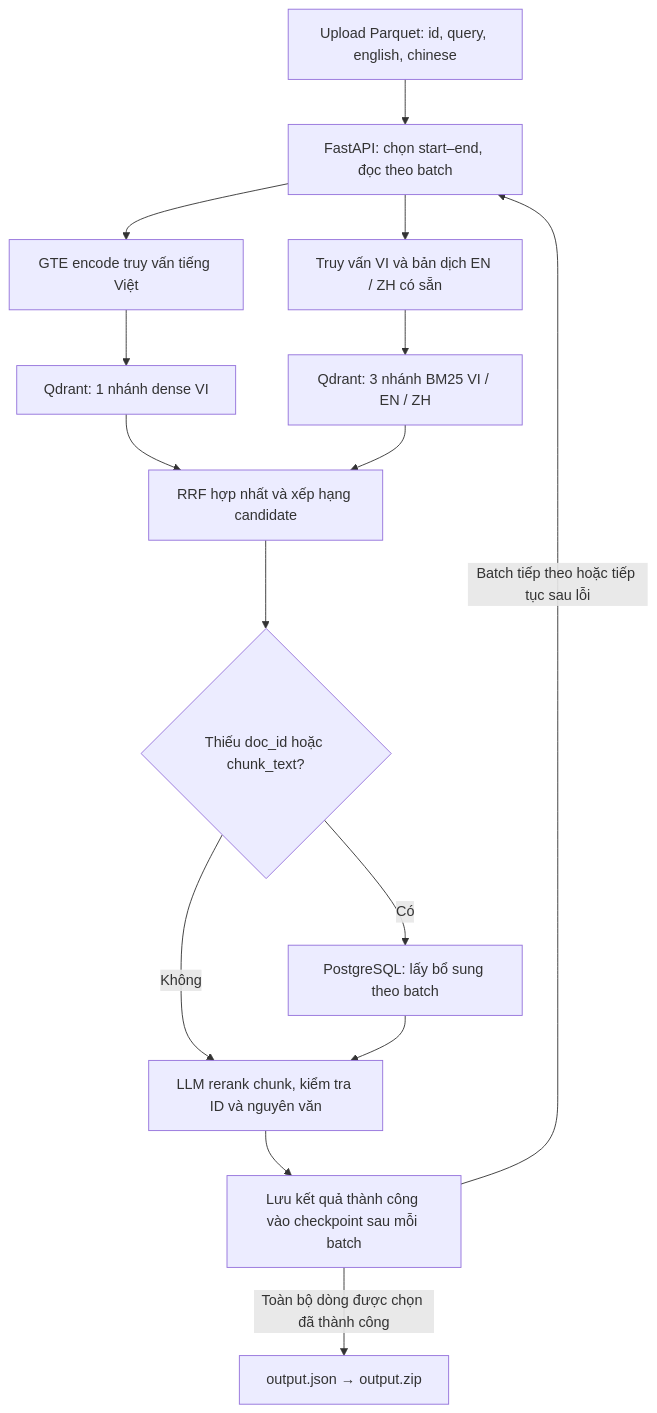
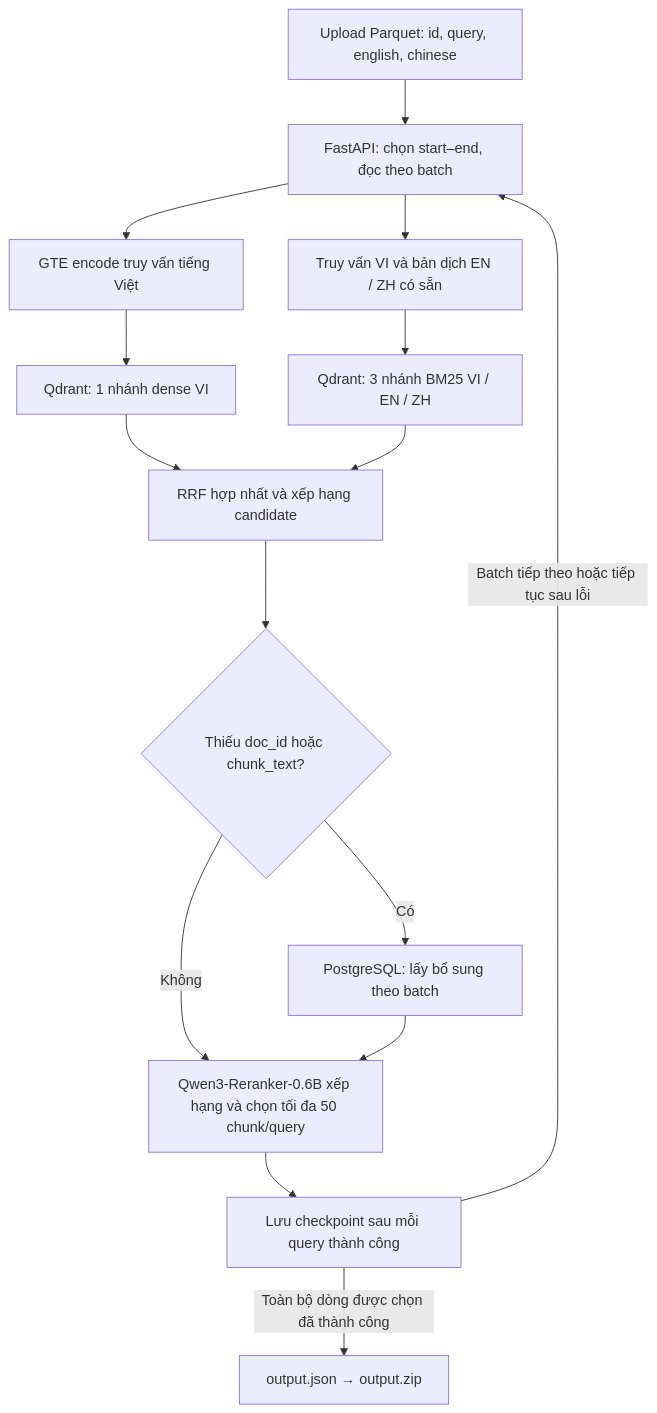
Before and after one commit to sbtc-AIGuru/sbtc: the diagram in README.md, drawn with Mermaid. The commit also changed other lines of this file and 2 other files, not shown here.

Commit message:
docs: document Qwen pipeline and submission requirements

````diff
--- a/README.md
+++ b/README.md
@@ -8,17 +8,17 @@
 ```mermaid
 flowchart TD
     A["Upload Parquet: id, query, english, chinese"] --> B["FastAPI: chọn start–end, đọc theo batch"]
     B --> C["GTE encode truy vấn tiếng Việt"]
     B --> D["Truy vấn VI và bản dịch EN / ZH có sẵn"]
     C --> E["Qdrant: 1 nhánh dense VI"]
     D --> F["Qdrant: 3 nhánh BM25 VI / EN / ZH"]
     E --> G["RRF hợp nhất và xếp hạng candidate"]
     F --> G
     G --> H{"Thiếu doc_id hoặc chunk_text?"}
     H -- Có --> I["PostgreSQL: lấy bổ sung theo batch"]
-    H -- Không --> J["LLM rerank chunk, kiểm tra ID và nguyên văn"]
+    H -- Không --> J["Qwen3-Reranker-0.6B xếp hạng và chọn tối đa 50 chunk/query"]
     I --> J
-    J --> K["Lưu kết quả thành công vào checkpoint sau mỗi batch"]
+    J --> K["Lưu checkpoint sau mỗi query thành công"]
     K -- "Batch tiếp theo hoặc tiếp tục sau lỗi" --> B
     K -- "Toàn bộ dòng được chọn đã thành công" --> L["output.json → output.zip"]
 ```
````
